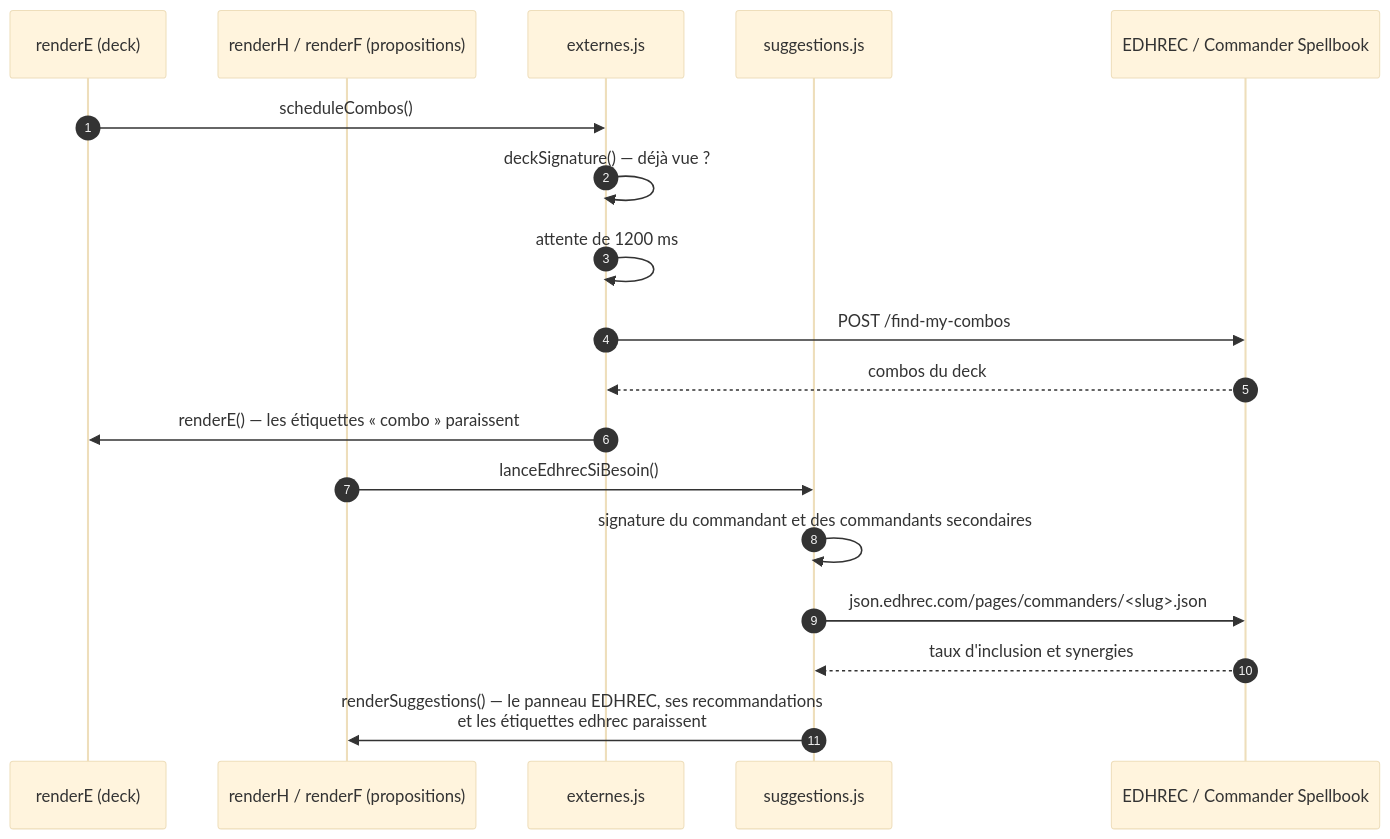
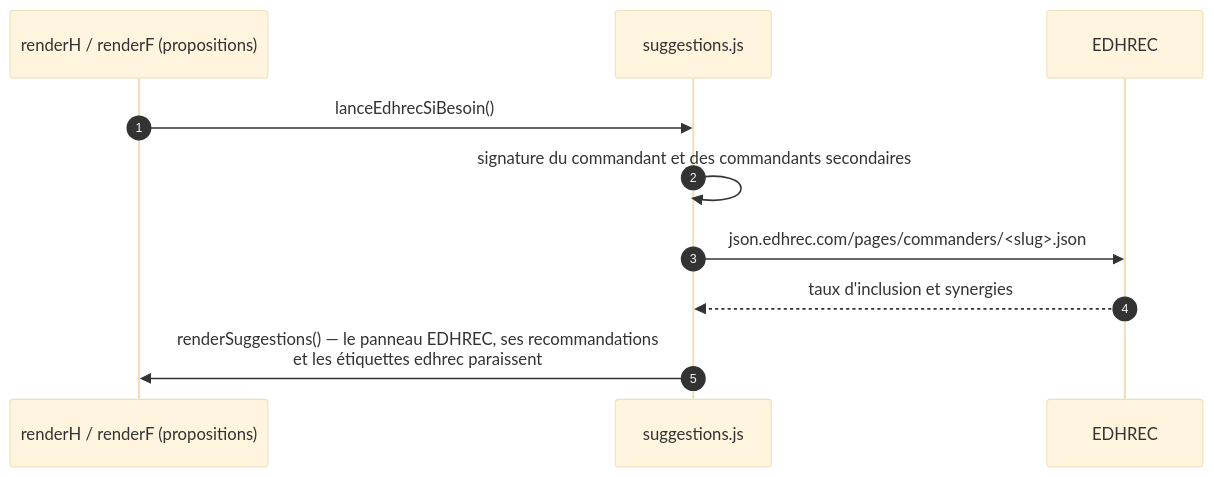
Before and after one commit to HJoudrier/MtgDeckBuilder: diagram 12 of 15 in PARCOURS.md, drawn with Mermaid (base theme). The commit also changed other lines of this file and 11 other files, not shown here.

````diff
--- a/PARCOURS.md
+++ b/PARCOURS.md
@@ -446,22 +510,13 @@
 ```mermaid
 sequenceDiagram
     autonumber
-    participant E as renderE (deck)
     participant F as renderH / renderF (propositions)
-    participant EXT as externes.js
     participant SUG as suggestions.js
-    participant NET as EDHREC / Commander Spellbook
-
-    E->>EXT: scheduleCombos()
-    EXT->>EXT: deckSignature() — déjà vue ?
-    EXT->>EXT: attente de 1200 ms
-    EXT->>NET: POST /find-my-combos
-    NET-->>EXT: combos du deck
-    EXT->>E: renderE() — les étiquettes « combo » paraissent
+    participant NET as EDHREC
 
     F->>SUG: lanceEdhrecSiBesoin()
     SUG->>SUG: signature du commandant et des commandants secondaires
     SUG->>NET: json.edhrec.com/pages/commanders/<slug>.json
     NET-->>SUG: taux d'inclusion et synergies
     SUG->>F: renderSuggestions() — le panneau EDHREC, ses recommandations<br/>et les étiquettes edhrec paraissent
 ```
````
